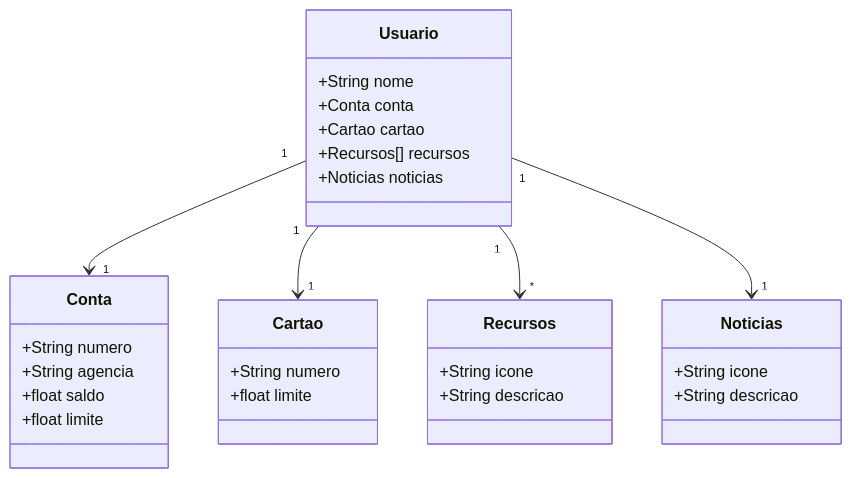
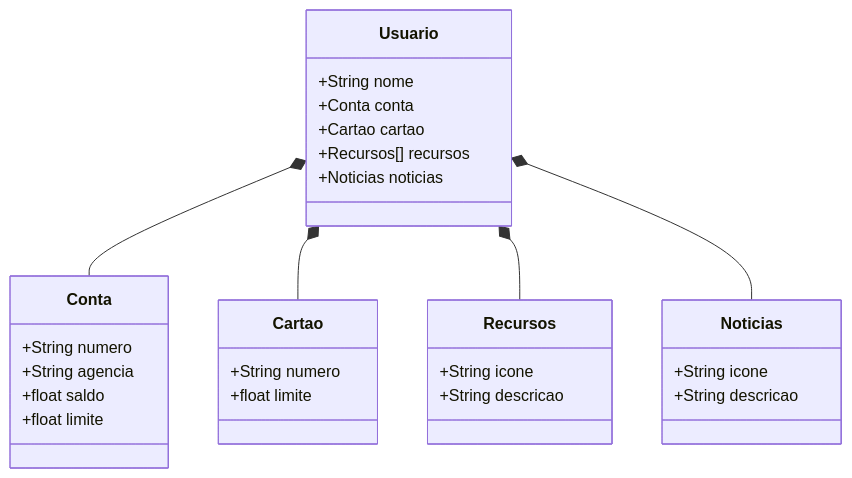
The diagram in README.md (gilbertoferrari/dio-santander-bootcamp-2025), drawn with Mermaid before and after one commit.

Commit message:
Update README.md
Alterado a composicao das classes no diagrama

````diff
--- a/README.md
+++ b/README.md
@@ -6,38 +6,38 @@
 ```mermaid
 classDiagram
     class Usuario {
         +String nome
         +Conta conta
         +Cartao cartao
         +Recursos[] recursos
         +Noticias noticias
     }
 
     class Conta {
         +String numero
         +String agencia
         +float saldo
         +float limite
     }
 
     class Cartao {
         +String numero
         +float limite
     }
 
     class Recursos {
         +String icone
         +String descricao
     }
 
     class Noticias {
         +String icone
         +String descricao
     }
 
-    Usuario "1" --> "1" Conta
-    Usuario "1" --> "1" Cartao
-    Usuario "1" --> "*" Recursos
-    Usuario "1" --> "1" Noticias
+    Usuario *-- Conta
+    Usuario *-- Cartao
+    Usuario *-- Recursos
+    Usuario *-- Noticias
 
 ```
````
